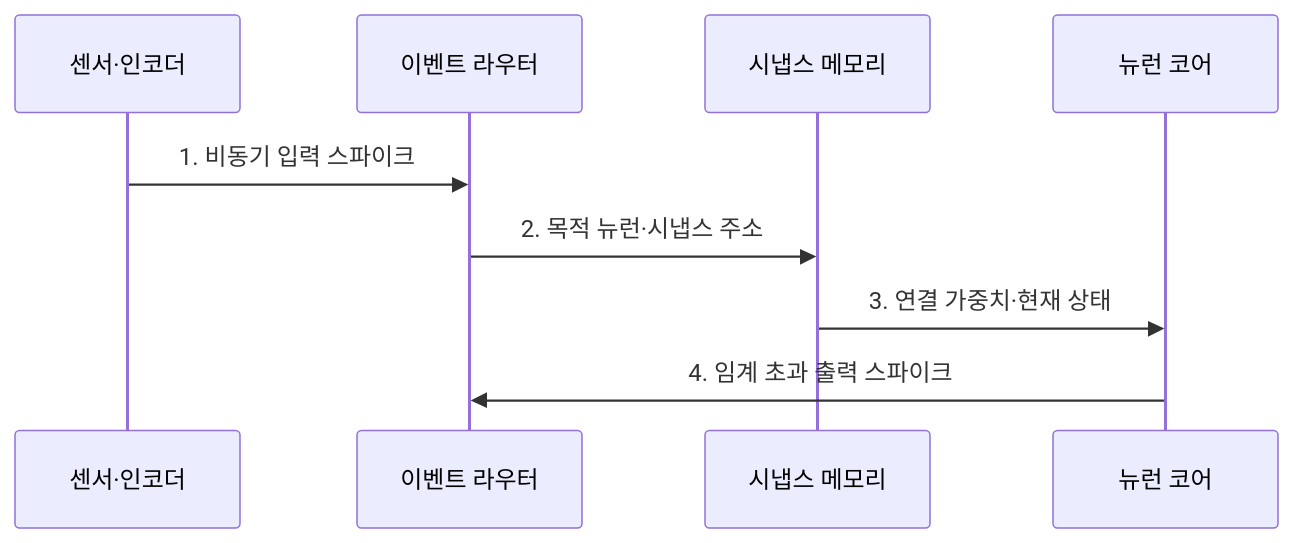
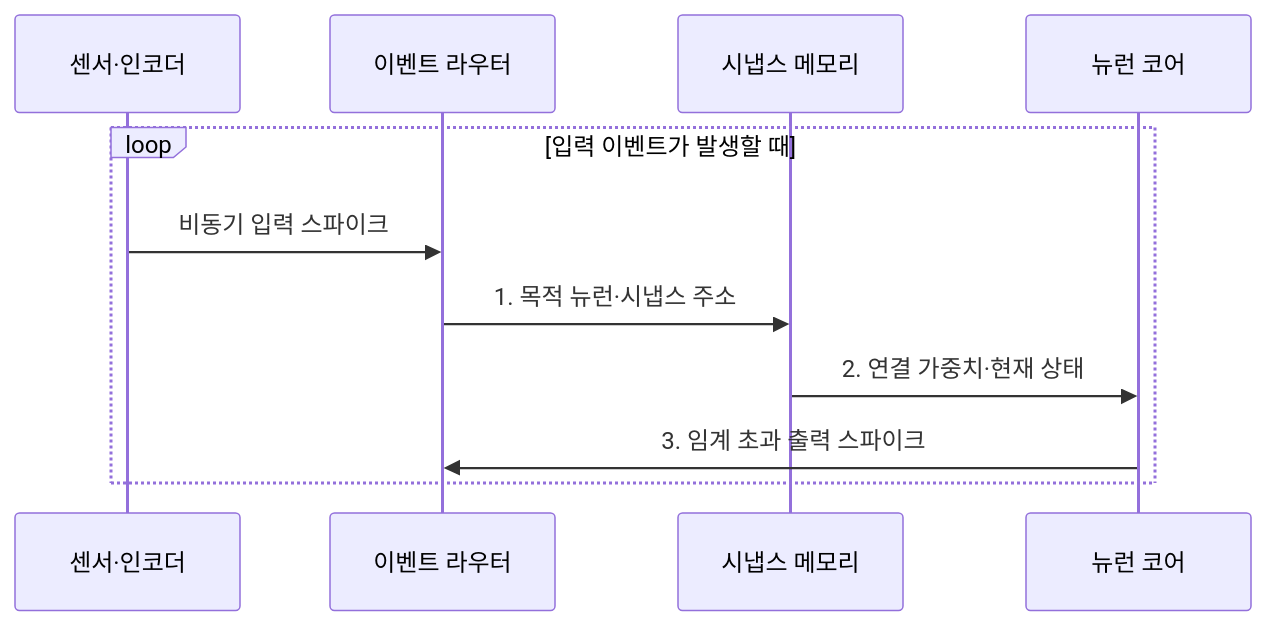
One commit to agnusdei1207/knowledge-base changed the second of 2 diagrams in src/content/docs/notes/08-latest-tech/149_neuromorphic_computing.md. Above: the diagram before and after it, drawn with Mermaid. The commit also changed other lines of this file and 225 other files, not shown here.

````diff
--- a/src/content/docs/notes/08-latest-tech/149_neuromorphic_computing.md
+++ b/src/content/docs/notes/08-latest-tech/149_neuromorphic_computing.md
@@ -78,11 +80,13 @@
 ```mermaid
 sequenceDiagram
   participant E as 센서·인코더
   participant R as 이벤트 라우터
   participant S as 시냅스 메모리
   participant N as 뉴런 코어
-  E->>R: 1. 비동기 입력 스파이크
-  R->>S: 2. 목적 뉴런·시냅스 주소
-  S->>N: 3. 연결 가중치·현재 상태
-  N->>R: 4. 임계 초과 출력 스파이크
+  loop 입력 이벤트가 발생할 때
+    E->>R: 비동기 입력 스파이크
+    R->>S: 1. 목적 뉴런·시냅스 주소
+    S->>N: 2. 연결 가중치·현재 상태
+    N->>R: 3. 임계 초과 출력 스파이크
+  end
 ```
````
